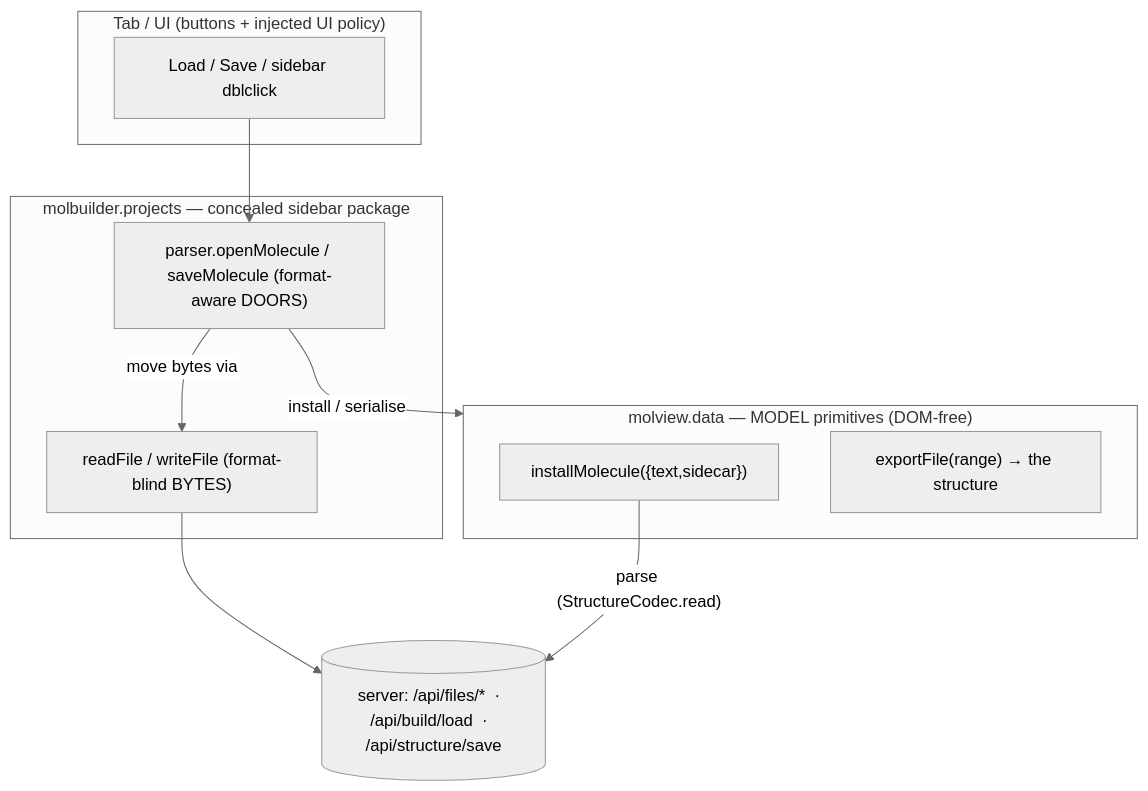
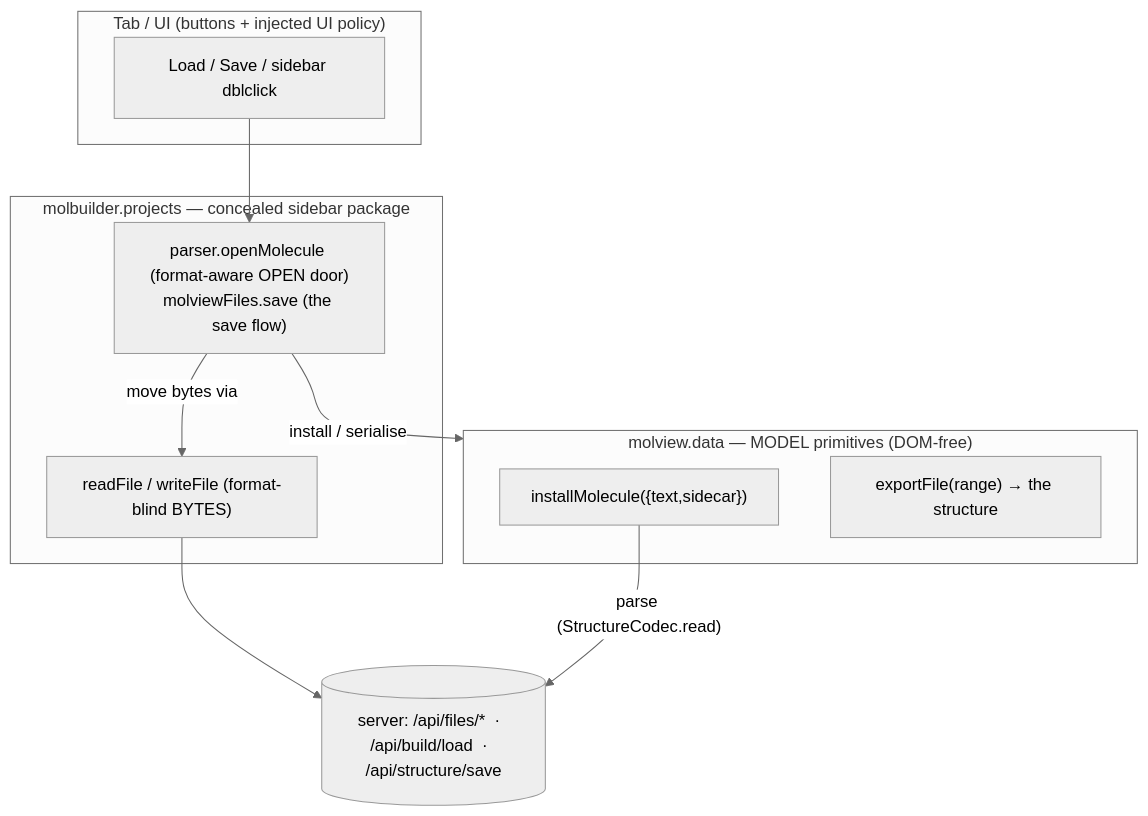
The third of 3 diagrams in docs/model/structure.md (Qing-LAB/molbuilder), drawn with Mermaid (neutral theme) before and after one commit. The commit also changed other lines of this file and 16 other files, not shown here.

````diff
--- a/docs/model/structure.md
+++ b/docs/model/structure.md
@@ -454,20 +462,20 @@
 ```mermaid
 flowchart TB
     subgraph TAB["Tab / UI (buttons + injected UI policy)"]
         B["Load / Save / sidebar dblclick"]
     end
     subgraph PR["molbuilder.projects — concealed sidebar package"]
-        DOORS["parser.openMolecule / saveMolecule (format-aware DOORS)"]
+        DOORS["parser.openMolecule (format-aware OPEN door)<br/>molviewFiles.save (the save flow)"]
         BYTES["readFile / writeFile (format-blind BYTES)"]
         DOORS -->|"move bytes via"| BYTES
     end
     subgraph MV["molview.data — MODEL primitives (DOM-free)"]
         IM["installMolecule({text,sidecar})"]
         EF["exportFile(range) → the structure"]
     end
     SRV[("server: /api/files/*  ·  /api/build/load  ·  /api/structure/save")]
     B --> DOORS
     DOORS -->|"install / serialise"| MV
     BYTES --> SRV
     IM -->|"parse (StructureCodec.read)"| SRV
 ```
````
